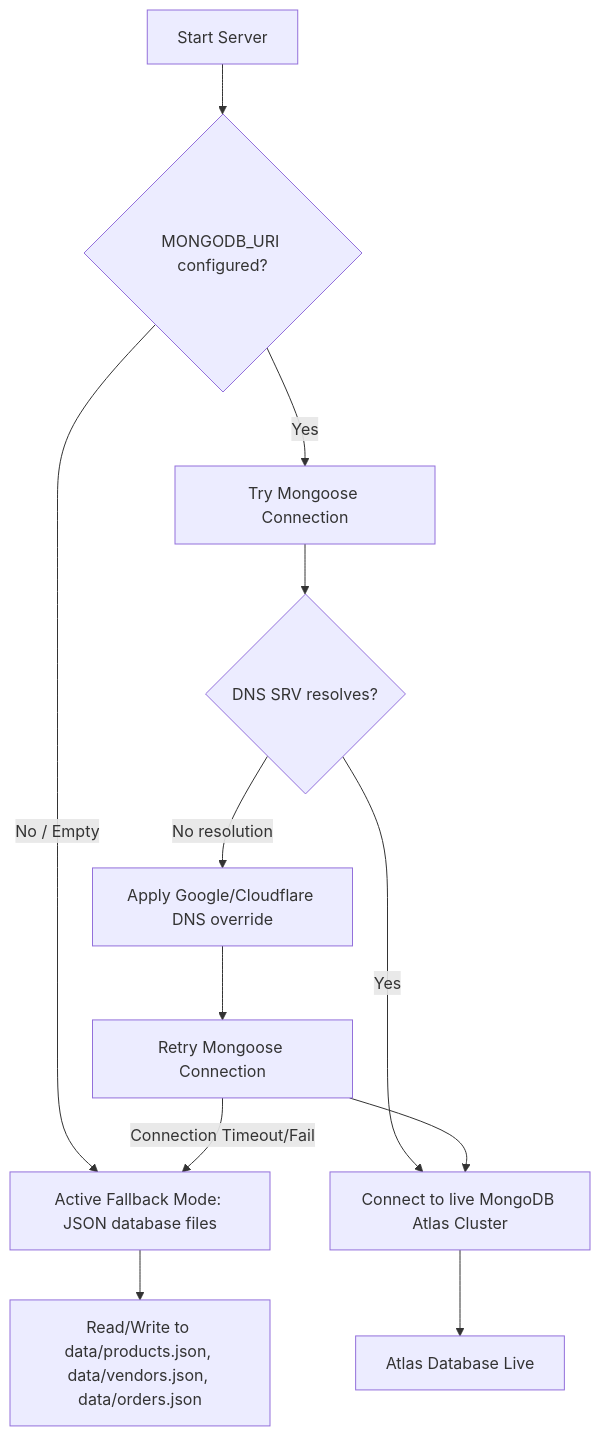
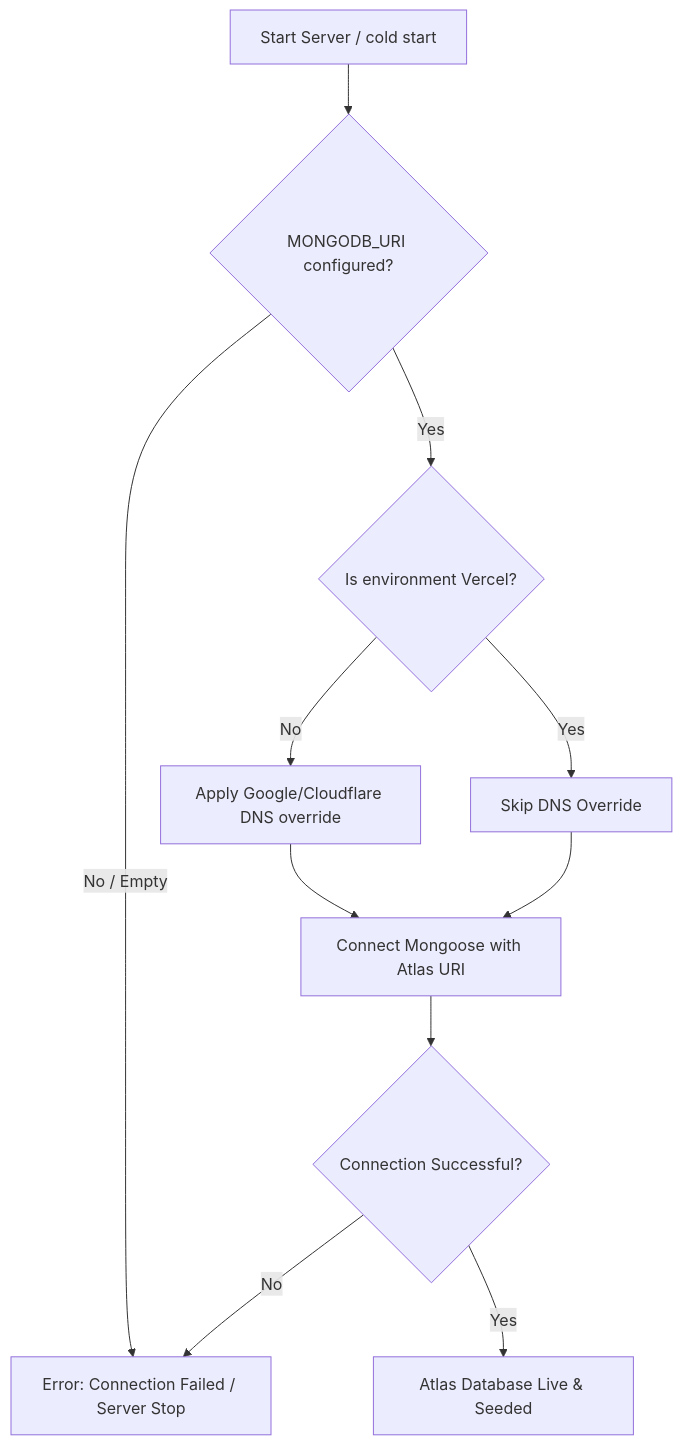
One commit to ayush4codes/ZingoCart changed the diagram in PROJECT_OVERVIEW.md. Above: the diagram before and after it, drawn with Mermaid. The commit also changed other lines of this file and 6 other files, not shown here.

Commit message:
refactor: remove JSON fallback database and simplify MongoDB operations

````diff
--- a/PROJECT_OVERVIEW.md
+++ b/PROJECT_OVERVIEW.md
@@ -52,14 +59,13 @@
 ```mermaid
 flowchart TD
-    A[Start Server] --> B{MONGODB_URI configured?}
-    B -- No / Empty --> C[Active Fallback Mode: JSON database files]
-    B -- Yes --> D[Try Mongoose Connection]
-    D --> E{DNS SRV resolves?}
-    E -- No resolution --> F[Apply Google/Cloudflare DNS override]
-    F --> G[Retry Mongoose Connection]
-    E -- Yes --> H[Connect to live MongoDB Atlas Cluster]
-    G --> H
-    H --> I[Atlas Database Live]
-    G -- Connection Timeout/Fail --> C
-    C --> J[Read/Write to data/products.json, data/vendors.json, data/orders.json]
+    A[Start Server / cold start] --> B{MONGODB_URI configured?}
+    B -- No / Empty --> C[Error: Connection Failed / Server Stop]
+    B -- Yes --> D{Is environment Vercel?}
+    D -- No --> E[Apply Google/Cloudflare DNS override]
+    D -- Yes --> F[Skip DNS Override]
+    E --> G[Connect Mongoose with Atlas URI]
+    F --> G
+    G --> H{Connection Successful?}
+    H -- Yes --> I[Atlas Database Live & Seeded]
+    H -- No --> C
 ```
````
